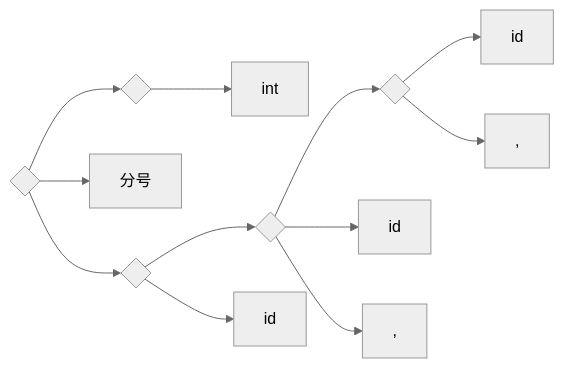
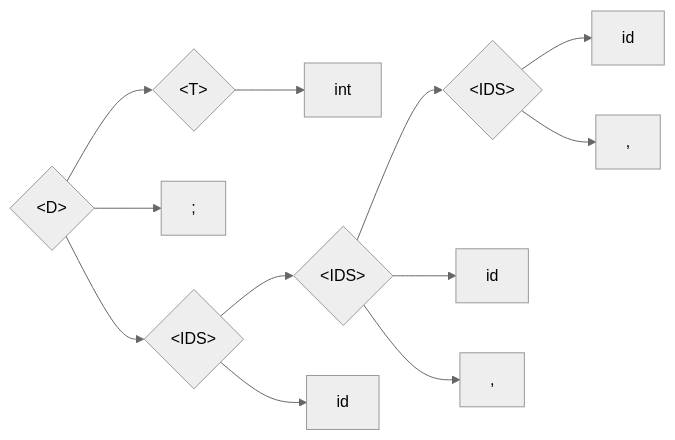
The diagram in docs/编译原理/s01_引论.md (widcardw/my-notes), drawn with Mermaid (neutral theme) before and after one commit. The commit also changed 74 other files, not shown here.

````diff
--- a/docs/编译原理/s01_引论.md
+++ b/docs/编译原理/s01_引论.md
@@ -68,23 +68,23 @@
 ```mermaid
 graph LR
-    D{<D>}
-    T{<T>}
+    D{"&lt;D&gt;"}
+    T{"&lt;T&gt;"}
     com1[,]
     com2[,]
-    IDS1{<IDS>}
-    IDS2{<IDS>}
-    IDS3{<IDS>}
+    IDS1{"&lt;IDS&gt;"}
+    IDS2{"&lt;IDS&gt;"}
+    IDS3{"&lt;IDS&gt;"}
     int[int]
     id1[id]
     id2[id]
     id3[id]
     D-->T-->int
-    semi[分号]
+    semi[";"]
     D-->semi
     D-->IDS1-->IDS2-->IDS3
     IDS1-->id1
     IDS2-->id2
     IDS2-->com1
     IDS3-->id3
     IDS3-->com2
 ```
````
